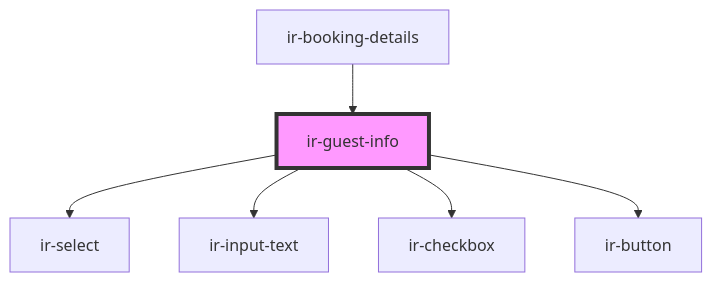
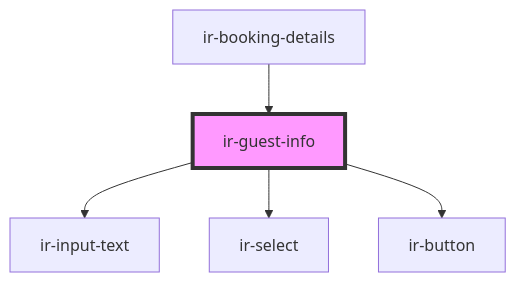
The diagram in src/components/ir-guest-info/readme.md (RonyRizk/ir-webcmp), drawn with Mermaid before and after one commit. The commit also changed other lines of this file and 58 other files, not shown here.

````diff
--- a/src/components/ir-guest-info/readme.md
+++ b/src/components/ir-guest-info/readme.md
@@ -39,9 +40,8 @@
 ```mermaid
 graph TD;
+  ir-guest-info --> ir-input-text
   ir-guest-info --> ir-select
-  ir-guest-info --> ir-input-text
-  ir-guest-info --> ir-checkbox
   ir-guest-info --> ir-button
   ir-booking-details --> ir-guest-info
   style ir-guest-info fill:#f9f,stroke:#333,stroke-width:4px
 ```
````
